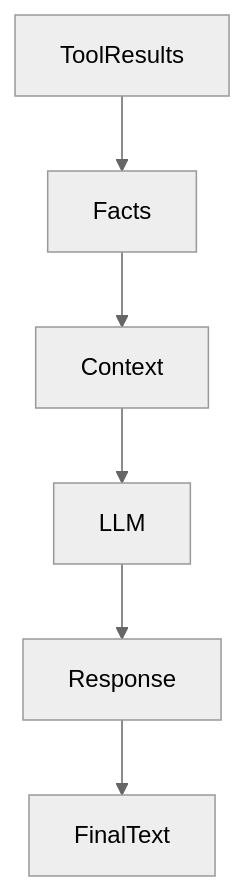
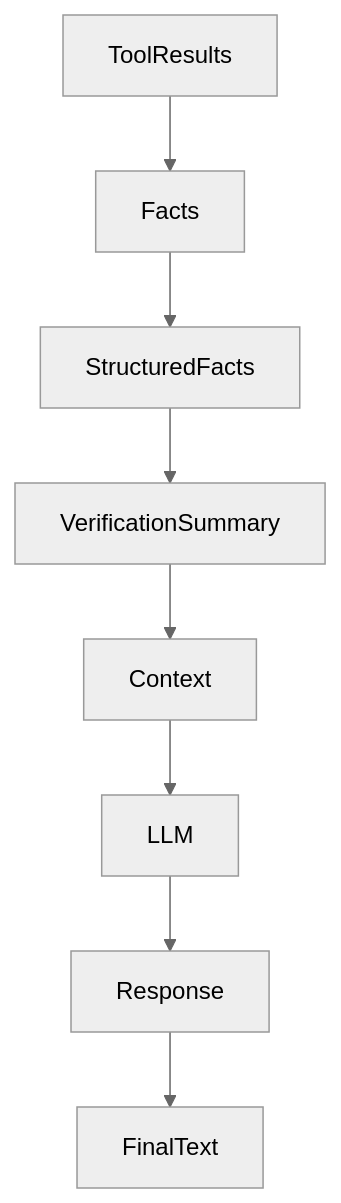
One commit to juaquicar/GeoAgents changed diagram 13 of 16 in docs/diagrams.md. Above: the diagram before and after it, drawn with Mermaid (neutral theme). The commit also changed other lines of this file and 12 other files, not shown here.

````diff
--- a/docs/diagrams.md
+++ b/docs/diagrams.md
@@ -229,13 +300,11 @@
 ```mermaid
 flowchart TD
 
 ToolResults --> Facts
-
-Facts --> Context
-
+Facts --> StructuredFacts
+StructuredFacts --> VerificationSummary
+VerificationSummary --> Context
 Context --> LLM
-
 LLM --> Response
-
 Response --> FinalText
 ```
````
